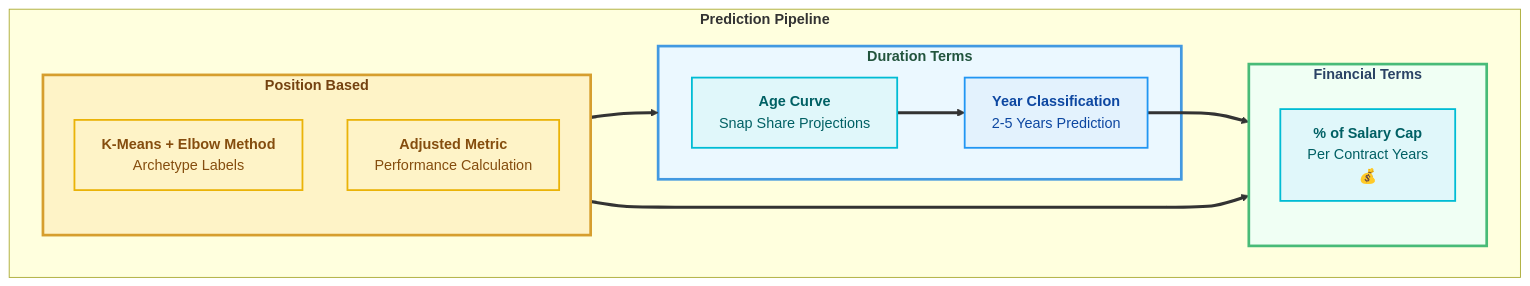
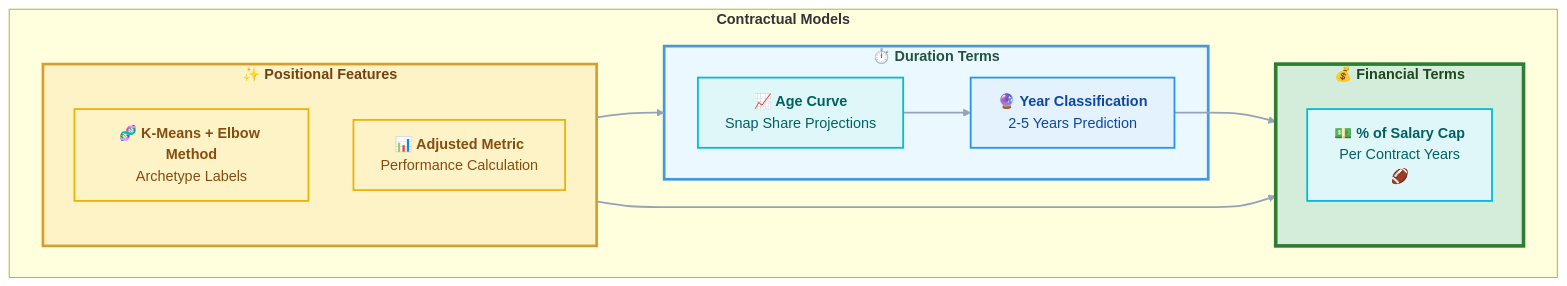
One commit to dec1costello/NFL-Market-Value-Analysis changed the diagram in README.md. Above: the diagram before and after it, drawn with Mermaid.

````diff
--- a/README.md
+++ b/README.md
@@ -39,40 +39,40 @@
 ```mermaid
 graph TB
 
     classDef stage1 fill:#fef3c7,stroke:#d69e2e,stroke-width:3px,color:#744210
     classDef stage2 fill:#ebf8ff,stroke:#4299e1,stroke-width:3px,color:#22543d 
-    classDef stage3 fill:#f0fff4,stroke:#48bb78,stroke-width:3px,color: #2a4365
+    classDef stage3 fill:#d4edda,stroke:#2e7d32,stroke-width:4px,color:#1e4620,font-weight:bold
     classDef features fill:#fef3c7,stroke:#eab308,stroke-width:2px,color:#854d0e
     classDef model fill:#e0f7fa,stroke:#00bcd4,stroke-width:2px,color:#006064
     classDef output fill:#e3f2fd,stroke:#2196f3,stroke-width:2px,color:#0d47a1
-    classDef infra fill:#f5f3ff,stroke:#8b5cf6,stroke-width:2px,color:#5b21b6
-    classDef storage fill:#fff0f0,stroke:#FF6B6B,stroke-width:2px,stroke-dasharray:5 5,color:#c53030
 
     %% === PIPELINE ===
-    subgraph DATA_FLOW ["<b>Prediction Pipeline</b>"]
-        subgraph STAGE_1 ["<b>Position Based</b>"]
-            CLUSTERING["<b>K-Means + Elbow Method</b><br/>Archetype Labels"]
-            adjusted_metric["<b>Adjusted Metric</b><br/>Performance Calculation"]
+    subgraph DATA_FLOW ["<b>Contractual Models</b>"]
+        subgraph STAGE_1 ["<b>✨ Positional Features</b>"]
+            CLUSTERING["<b>🧬 K-Means + Elbow Method</b><br/>Archetype Labels"]
+            adjusted_metric["<b>📊 Adjusted Metric</b><br/>Performance Calculation"]
         end
-        subgraph STAGE_2 ["<b>Duration Terms</b>"]
-            YEAR_MODELS["<b>Age Curve</b><br/>Snap Share Projections"]
-            YEAR_PREDS["<b>Year Classification</b><br/>2-5 Years Prediction"]
+        subgraph STAGE_2 ["<b>⏱️ Duration Terms</b>"]
+            YEAR_MODELS["<b>📈 Age Curve</b><br/>Snap Share Projections"]
+            YEAR_PREDS["<b>🔮 Year Classification</b><br/>2-5 Years Prediction"]
         end
-        subgraph STAGE_3 ["<b>Financial Terms</b>"]
-            FINANCIAL_MODELS["<b>% of Salary Cap</b><br/>Per Contract Years<br/>💰"]
+        subgraph STAGE_3 ["<b>💰 Financial Terms</b>"]
+            FINANCIAL_MODELS["<b>💵 % of Salary Cap</b><br/>Per Contract Years<br/>🏈"]
         end
     end
 
     STAGE_1 ==> STAGE_2
     YEAR_MODELS ==> YEAR_PREDS
     YEAR_PREDS ==> STAGE_3
     STAGE_1 ==> STAGE_3
+    
+    linkStyle default stroke:#94a3b8,stroke-width:2px
     
     %% Apply styles
     class STAGE_1 stage1
     class STAGE_2 stage2
     class STAGE_3 stage3
     class CLUSTERING,adjusted_metric features
     class YEAR_MODELS,FINANCIAL_MODELS model
     class YEAR_PREDS output
 ```
````
